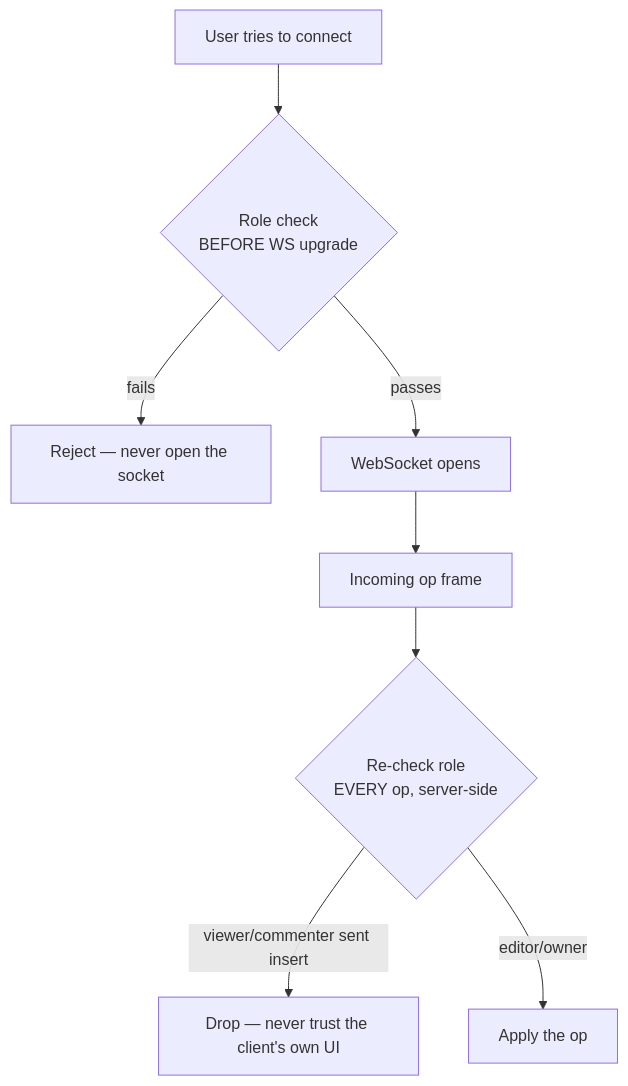
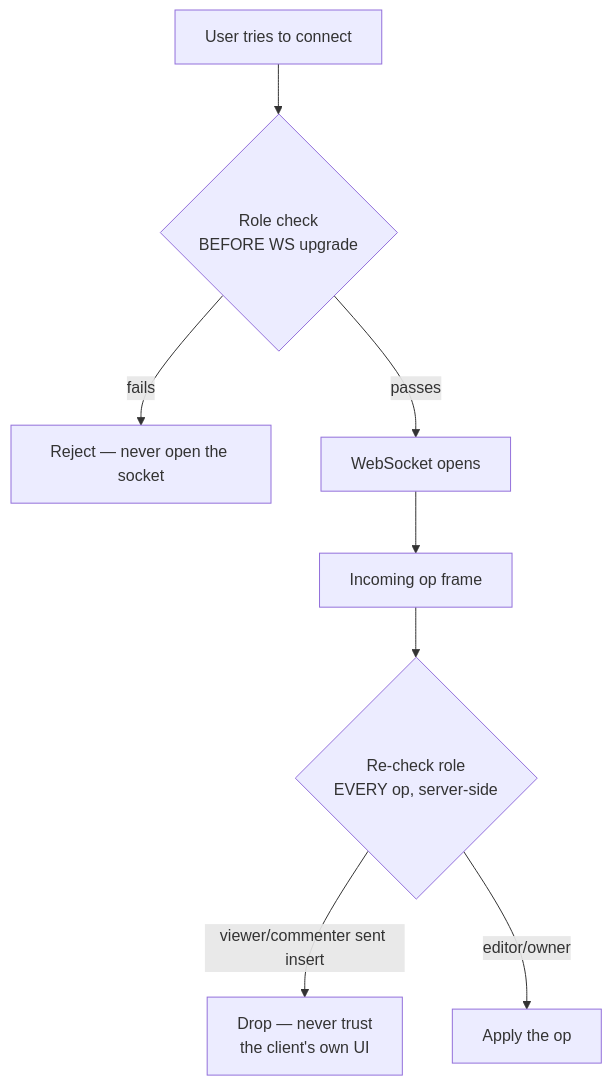
Before and after one commit to riyaz-pasha/Learnings: the tenth of 14 diagrams in system-design/HLD/0-course/38-Design-a-Collaborative-Document-Editing-Service-Google-Docs-FAANG-Guide-story.md, drawn with Mermaid. The commit also changed other lines of this file and 1 other file, not shown here.

Commit message:
[REWRITE] Google Docs story guide: simplify prose, add structure, fix diagrams

````diff
--- a/system-design/HLD/0-course/38-Design-a-Collaborative-Document-Editing-Service-Google-Docs-FAANG-Guide-story.md
+++ b/system-design/HLD/0-course/38-Design-a-Collaborative-Document-Editing-Service-Google-Docs-FAANG-Guide-story.md
@@ -284,10 +504,10 @@
 ```mermaid
 flowchart TD
-    Connect[User tries to connect] --> Gate{Role check\nBEFORE WS upgrade}
-    Gate -->|fails| Reject[Reject — never open the socket]
-    Gate -->|passes| Open[WebSocket opens]
-    Open --> Op[Incoming op frame]
-    Op --> Recheck{Re-check role\nEVERY op, server-side}
-    Recheck -->|viewer/commenter sent insert| Drop[Drop — never trust the client's own UI]
-    Recheck -->|editor/owner| Apply[Apply the op]
+    Connect["User tries to connect"] --> Gate{"Role check<br/>BEFORE WS upgrade"}
+    Gate -->|fails| Reject["Reject — never open the socket"]
+    Gate -->|passes| Open["WebSocket opens"]
+    Open --> Op["Incoming op frame"]
+    Op --> Recheck{"Re-check role<br/>EVERY op, server-side"}
+    Recheck -->|"viewer/commenter sent insert"| Drop["Drop — never trust<br/>the client's own UI"]
+    Recheck -->|"editor/owner"| Apply["Apply the op"]
 ```
````
